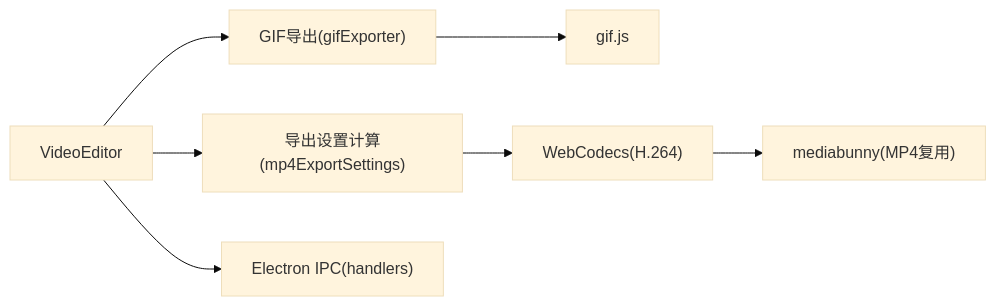
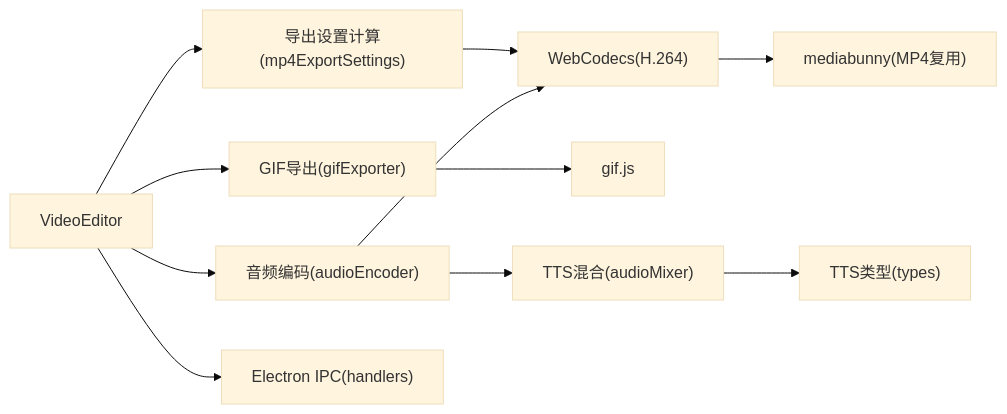
Before and after one commit to zhanggmin/openscreen: the seventh of 7 diagrams in .qoder/repowiki/zh/content/导出系统/导出系统.md, drawn with Mermaid (base theme). The commit also changed other lines of this file and 68 other files, not shown here.

Commit message:
开发图文编辑功能

````diff
--- a/.qoder/repowiki/zh/content/导出系统/导出系统.md
+++ b/.qoder/repowiki/zh/content/导出系统/导出系统.md
@@ -242,9 +363,13 @@
 ```mermaid
 graph LR
 VE["VideoEditor"] --> CFG["导出设置计算(mp4ExportSettings)"]
 VE --> GIF["GIF导出(gifExporter)"]
+VE --> AENC["音频编码(audioEncoder)"]
 VE --> IPC["Electron IPC(handlers)"]
+AENC --> AMIX["TTS混合(audioMixer)"]
+AMIX --> TTST["TTS类型(types)"]
 GIF --> WEB["gif.js"]
 CFG --> WC["WebCodecs(H.264)"]
+AENC --> WC
 WC --> MB["mediabunny(MP4复用)"]
 ```
````
